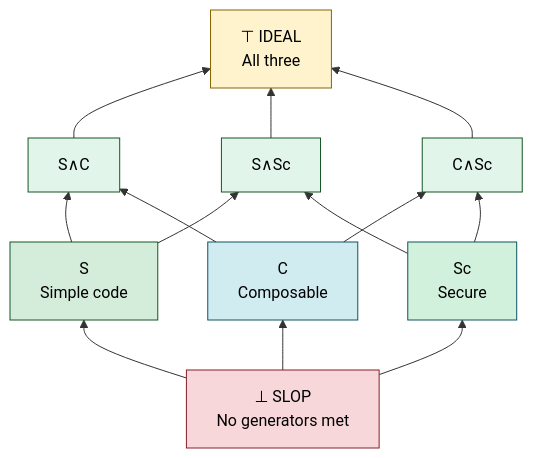
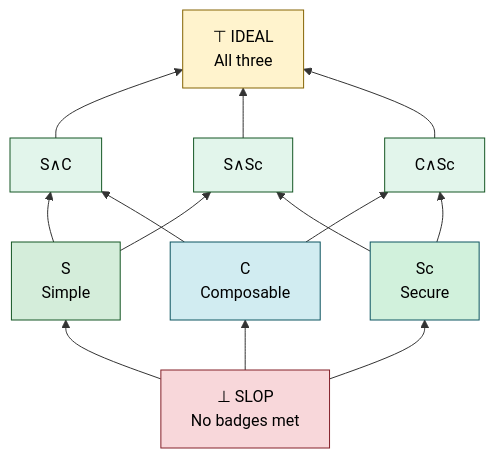
One commit to Krv-Labs/topos changed the diagram in docs/source/index.rst. Above: the diagram before and after it, drawn with Mermaid. The commit also changed other lines of this file and 4 other files, not shown here.

```diff
--- a/docs/source/index.rst
+++ b/docs/source/index.rst
@@ -74,33 +103,33 @@
 .. mermaid::
 
    graph BT
-       SLOP["⊥ SLOP<br/>No generators met"]
-       SIMPLE["S<br/>Simple code"]
+       SLOP["⊥ SLOP<br/>No badges met"]
+       SIMPLE["S<br/>Simple"]
        COMPOSABLE["C<br/>Composable"]
        SECURE["Sc<br/>Secure"]
        SC["S∧C"]
        SSc["S∧Sc"]
        CSc["C∧Sc"]
        IDEAL["⊤ IDEAL<br/>All three"]
 
        SLOP --> SIMPLE
        SLOP --> COMPOSABLE
        SLOP --> SECURE
        SIMPLE --> SC
        SIMPLE --> SSc
        COMPOSABLE --> SC
        COMPOSABLE --> CSc
        SECURE --> SSc
        SECURE --> CSc
        SC --> IDEAL
        SSc --> IDEAL
        CSc --> IDEAL
 
        style SLOP       fill:#f8d7da,stroke:#842029,color:#000
        style SIMPLE     fill:#d4edda,stroke:#155724,color:#000
        style COMPOSABLE fill:#d1ecf1,stroke:#0c5460,color:#000
        style SECURE     fill:#d1f1dc,stroke:#0c5460,color:#000
        style SC         fill:#e2f5eb,stroke:#155724,color:#000
        style SSc        fill:#e2f5eb,stroke:#155724,color:#000
        style CSc        fill:#e2f5eb,stroke:#155724,color:#000
        style IDEAL      fill:#fff3cd,stroke:#856404,color:#000
```
